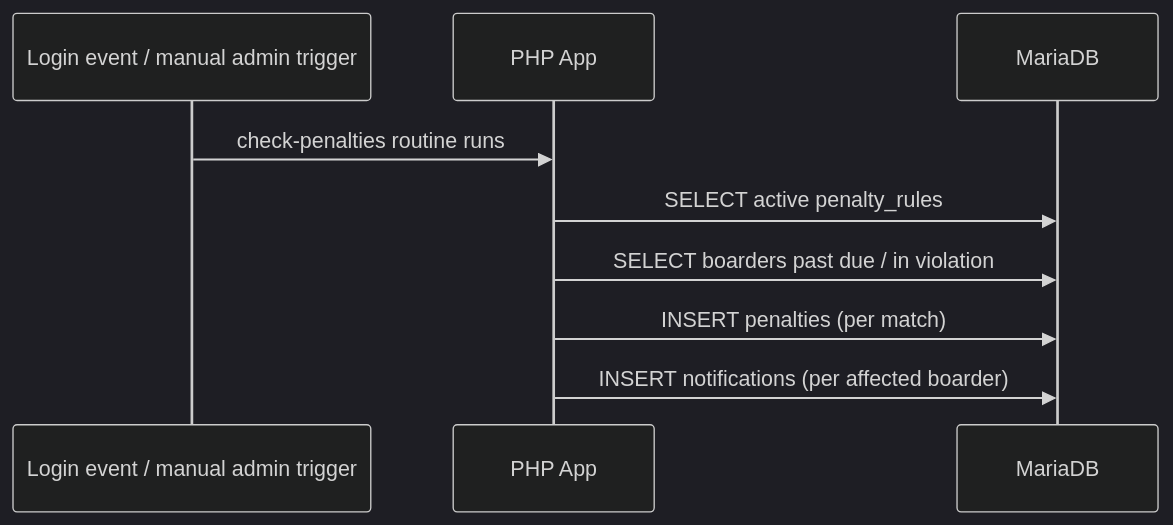
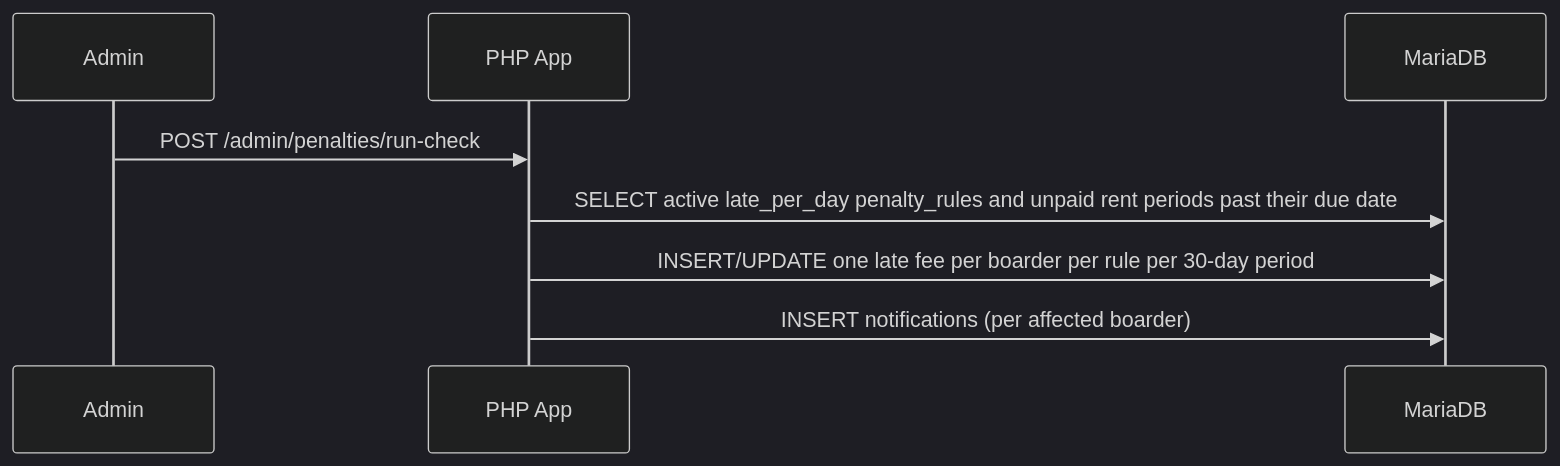
Before and after one commit to Kierbz123/rjm-boardinghouse-system: the fifth of 7 diagrams in claude-code-project-files/ARCHITECTURE.md, drawn with Mermaid (dark theme). The commit also changed other lines of this file and 107 other files, not shown here.

````diff
--- a/claude-code-project-files/ARCHITECTURE.md
+++ b/claude-code-project-files/ARCHITECTURE.md
@@ -169,11 +136,10 @@
 ```mermaid
 sequenceDiagram
-    participant Trigger as Login event / manual admin trigger
+    participant A as Admin
     participant P as PHP App
     participant D as MariaDB
-    Trigger->>P: check-penalties routine runs
-    P->>D: SELECT active penalty_rules
-    P->>D: SELECT boarders past due / in violation
-    P->>D: INSERT penalties (per match)
+    A->>P: POST /admin/penalties/run-check
+    P->>D: SELECT active late_per_day penalty_rules and unpaid rent periods past their due date
+    P->>D: INSERT/UPDATE one late fee per boarder per rule per 30-day period
     P->>D: INSERT notifications (per affected boarder)
 ```
````
